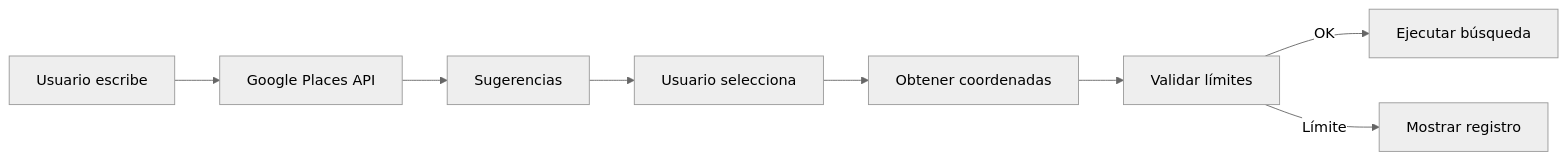
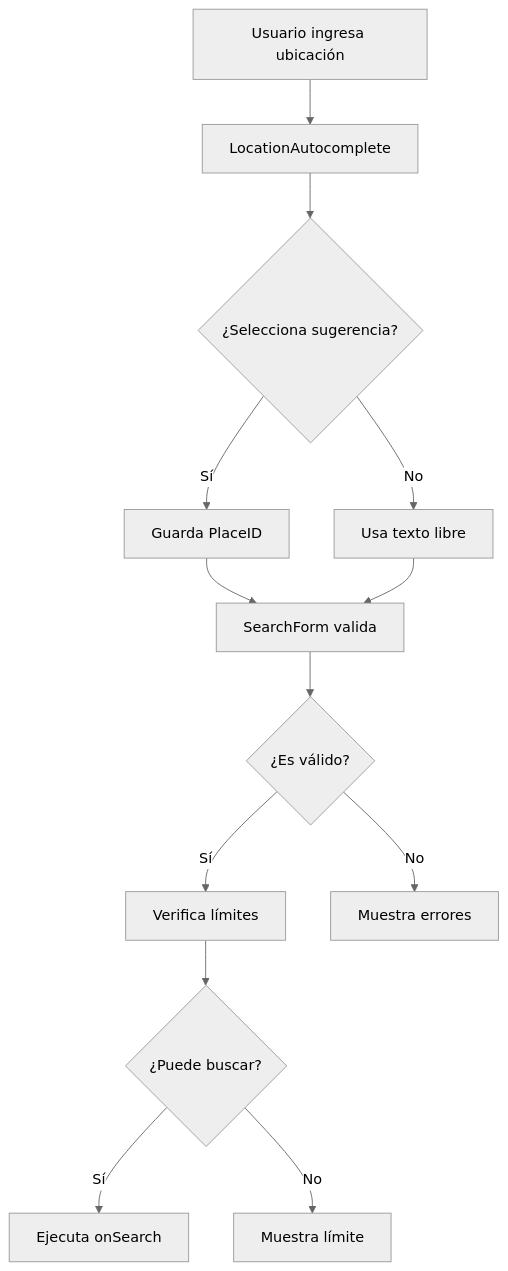
The diagram in src/components/features/search/README.md (ImNacs/karmatic.io), drawn with Mermaid (neutral theme) before and after one commit. The commit also changed other lines of this file and 14 other files, not shown here.

First line of the commit message:
refactor: restructure search feature to modular architecture

````diff
--- a/src/components/features/search/README.md
+++ b/src/components/features/search/README.md
@@ -63,10 +115,15 @@
 ```mermaid
-graph LR
-    A[Usuario escribe] --> B[Google Places API]
-    B --> C[Sugerencias]
-    C --> D[Usuario selecciona]
-    D --> E[Obtener coordenadas]
-    E --> F[Validar límites]
-    F -->|OK| G[Ejecutar búsqueda]
-    F -->|Límite| H[Mostrar registro]
+graph TD
+    A[Usuario ingresa ubicación] --> B[LocationAutocomplete]
+    B --> C{¿Selecciona sugerencia?}
+    C -->|Sí| D[Guarda PlaceID]
+    C -->|No| E[Usa texto libre]
+    D --> F[SearchForm valida]
+    E --> F
+    F --> G{¿Es válido?}
+    G -->|Sí| H[Verifica límites]
+    G -->|No| I[Muestra errores]
+    H --> J{¿Puede buscar?}
+    J -->|Sí| K[Ejecuta onSearch]
+    J -->|No| L[Muestra límite]
 ```
````
